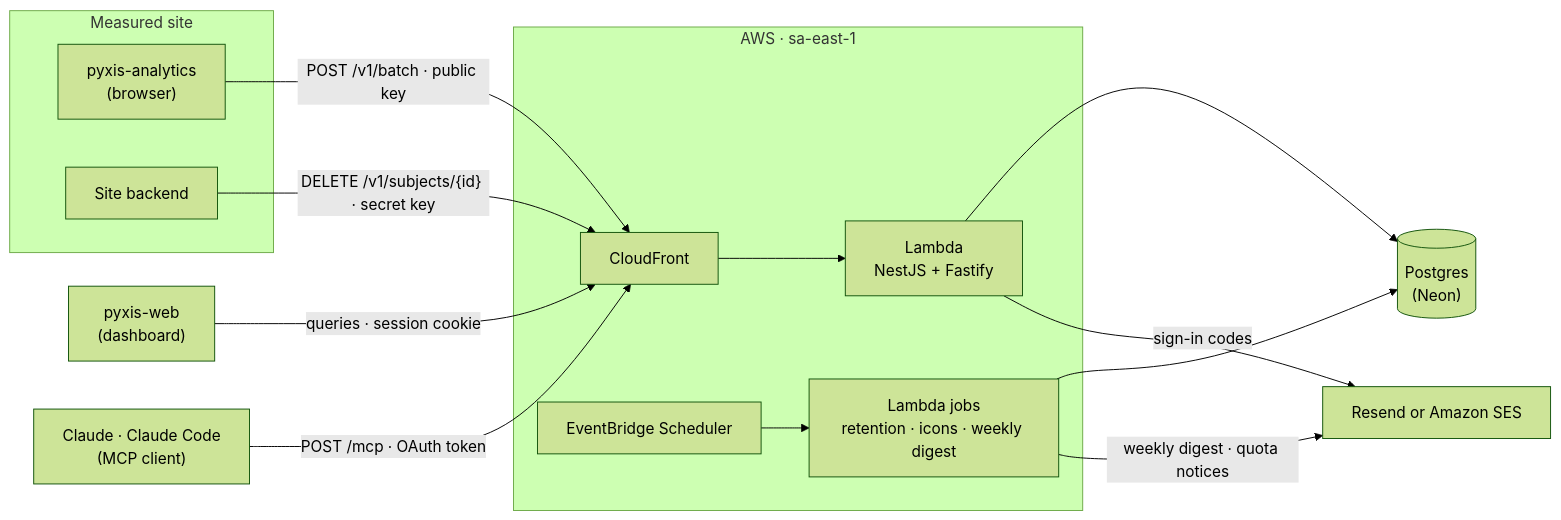
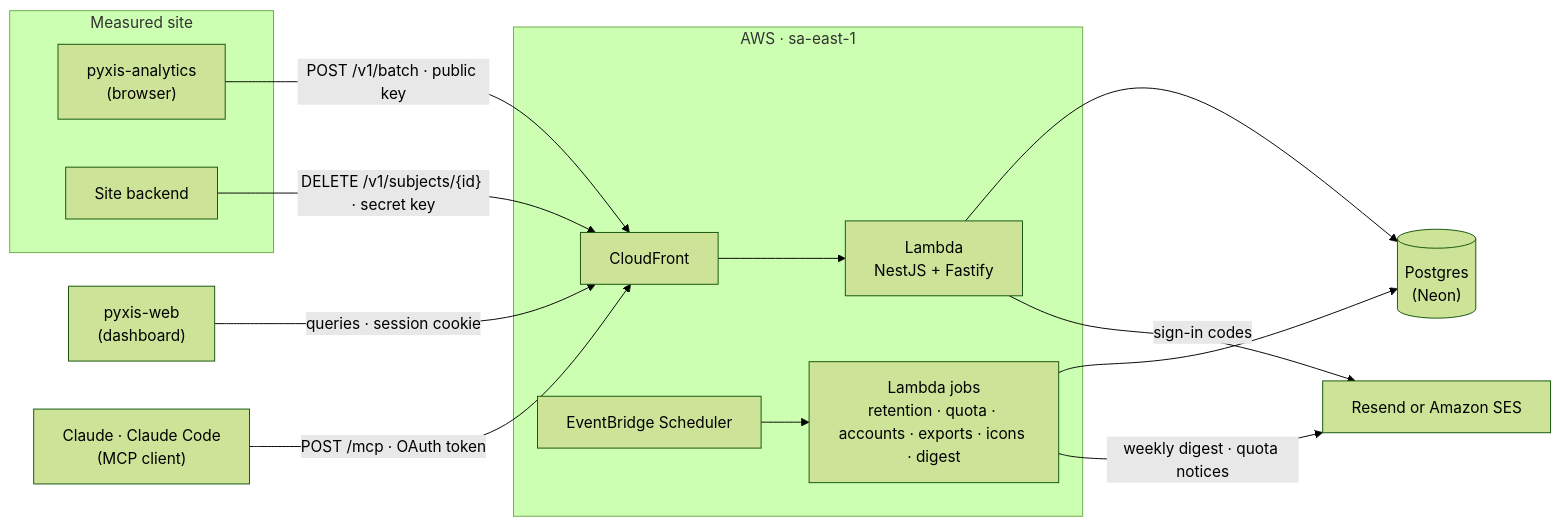
One commit to samuelcsantana/pyxis-api changed the first of 2 diagrams in README.md. Above: the diagram before and after it, drawn with Mermaid (forest theme). The commit also changed other lines of this file, not shown here.

````diff
--- a/README.md
+++ b/README.md
@@ -413,23 +417,23 @@
 ```mermaid
 flowchart LR
   subgraph Site["Measured site"]
     SDK["pyxis-analytics<br>(browser)"]
     Backend["Site backend"]
   end
   Dashboard["pyxis-web<br>(dashboard)"]
   Claude["Claude · Claude Code<br>(MCP client)"]
   subgraph AWS["AWS · sa-east-1"]
     CF["CloudFront"] --> Lambda["Lambda<br>NestJS + Fastify"]
-    Scheduler["EventBridge Scheduler"] --> Jobs["Lambda jobs<br>retention · icons · weekly digest"]
+    Scheduler["EventBridge Scheduler"] --> Jobs["Lambda jobs<br>retention · quota · accounts · exports · icons · digest"]
   end
   DB[("Postgres<br>(Neon)")]
   Mail["Resend or Amazon SES"]
   SDK -- "POST /v1/batch · public key" --> CF
   Dashboard -- "queries · session cookie" --> CF
   Claude -- "POST /mcp · OAuth token" --> CF
   Backend -- "DELETE /v1/subjects/{id} · secret key" --> CF
   Lambda --> DB
   Jobs --> DB
   Lambda -- "sign-in codes" --> Mail
   Jobs -- "weekly digest · quota notices" --> Mail
 ```
````
